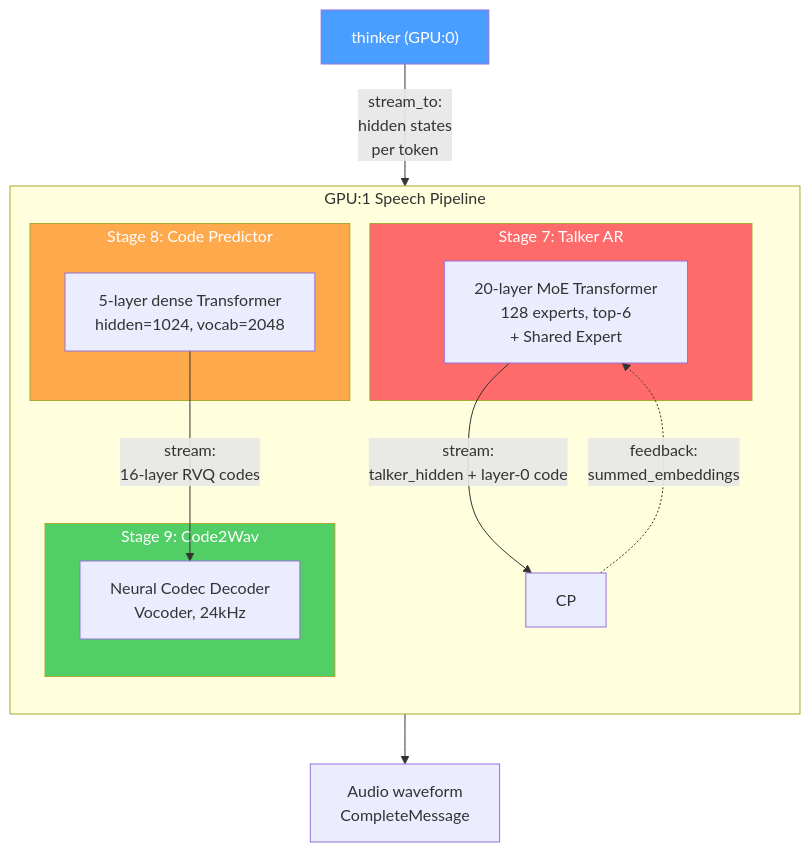
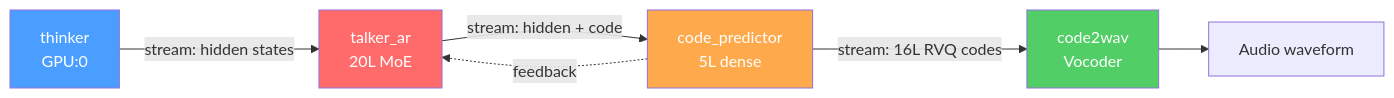
Before and after one commit to zhaochenyang20/Awesome-ML-SYS-Tutorial: diagram 26 of 33 in sglang/sglang-omni/README.md, drawn with Mermaid. The commit also changed other lines of this file, not shown here.

First line of the commit message:
style: flatten all diagrams to avoid subgraph overlap issues

````diff
--- a/sglang/sglang-omni/README.md
+++ b/sglang/sglang-omni/README.md
@@ -1065,31 +940,11 @@
 ```mermaid
-graph TB
-    subgraph GPU1["GPU:1 Speech Pipeline"]
-        direction TB
+graph LR
+    Thinker["thinker<br/>GPU:0"] -- "stream: hidden states" --> TA["talker_ar<br/>20L MoE"] -- "stream: hidden + code" --> CP["code_predictor<br/>5L dense"] -- "stream: 16L RVQ codes" --> CW["code2wav<br/>Vocoder"]
+    CP -. "feedback" .-> TA
+    CW --> Audio["Audio waveform"]
 
-        subgraph TalkerAR["Stage 7: Talker AR"]
-            TA["20-layer MoE Transformer<br/>128 experts, top-6<br/>+ Shared Expert"]
-        end
-
-        subgraph CodePred["Stage 8: Code Predictor"]
-            CP2["5-layer dense Transformer<br/>hidden=1024, vocab=2048"]
-        end
-
-        subgraph C2W["Stage 9: Code2Wav"]
-            CW["Neural Codec Decoder<br/>Vocoder, 24kHz"]
-        end
-
-        TA -- "stream:<br/>talker_hidden + layer-0 code" --> CP
-        CP2 -- "stream:<br/>16-layer RVQ codes" --> CW
-        CP -. "feedback:<br/>summed_embeddings" .-> TA
-    end
-
-    Thinker["thinker (GPU:0)"] -- "stream_to:<br/>hidden states<br/>per token" --> TA
-
-    CW --> Audio["Audio waveform<br/>CompleteMessage"]
-
-    style TalkerAR fill:#ff6b6b,color:#fff
-    style CodePred fill:#ffa94d,color:#fff
-    style C2W fill:#51cf66,color:#fff
     style Thinker fill:#4a9eff,color:#fff
+    style TA fill:#ff6b6b,color:#fff
+    style CP fill:#ffa94d,color:#fff
+    style CW fill:#51cf66,color:#fff
 ```
````
